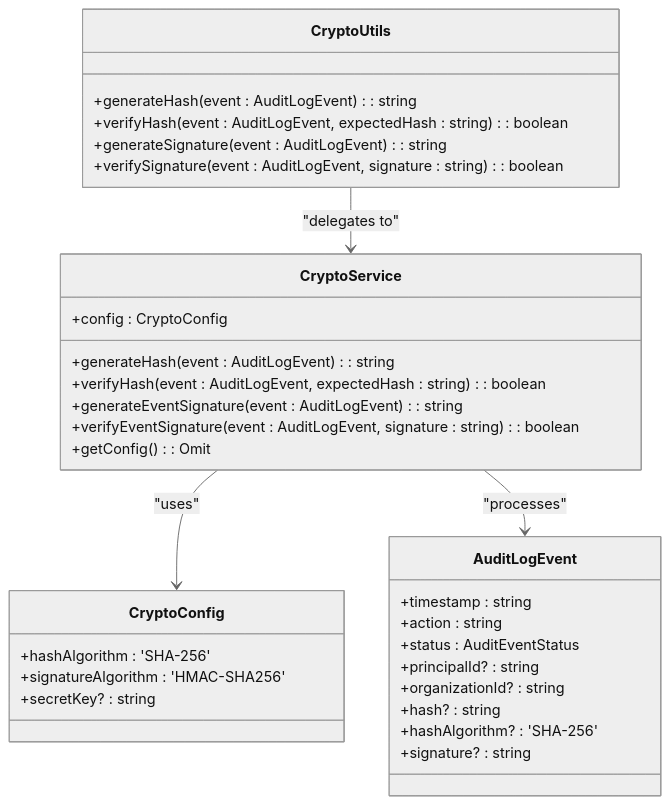
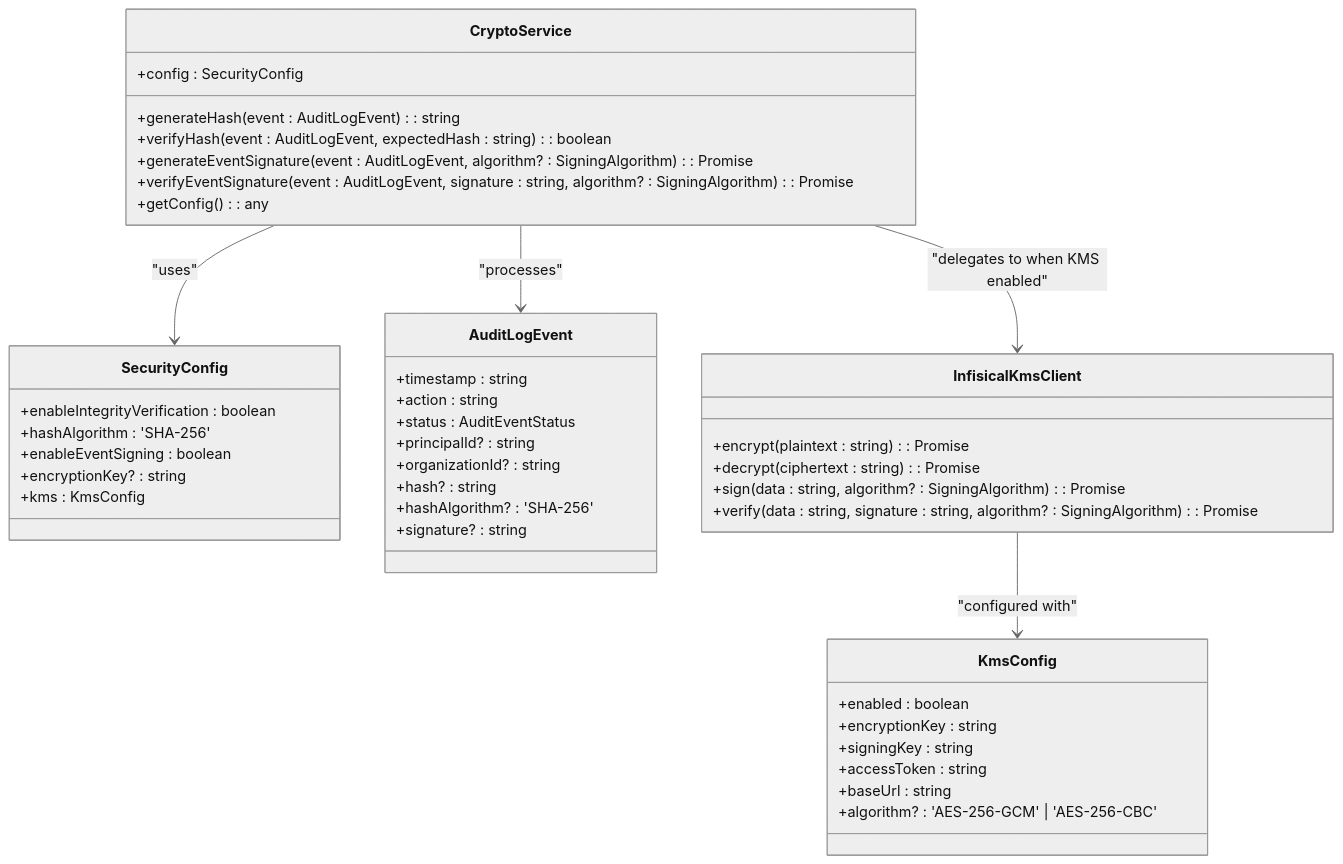
One commit to smedrec/smart-logs changed the first of 4 diagrams in .qoder/repowiki/en/content/Security and Compliance/Data Security Measures.md. Above: the diagram before and after it, drawn with Mermaid (neutral theme). The commit also changed other lines of this file and 21 other files, not shown here.

First line of the commit message:
feat(core): add OTLP exporter and KMS encryption support to audit core system

````diff
--- a/.qoder/repowiki/en/content/Security and Compliance/Data Security Measures.md
+++ b/.qoder/repowiki/en/content/Security and Compliance/Data Security Measures.md
@@ -40,35 +37,46 @@
 ```mermaid
 classDiagram
 class CryptoService {
-+config : CryptoConfig
++config : SecurityConfig
 +generateHash(event : AuditLogEvent) : string
 +verifyHash(event : AuditLogEvent, expectedHash : string) : boolean
-+generateEventSignature(event : AuditLogEvent) : string
-+verifyEventSignature(event : AuditLogEvent, signature : string) : boolean
-+getConfig() : Omit<CryptoConfig, 'secretKey'>
++generateEventSignature(event : AuditLogEvent, algorithm? : SigningAlgorithm) : Promise<EventSignatureResponse>
++verifyEventSignature(event : AuditLogEvent, signature : string, algorithm? : SigningAlgorithm) : Promise<boolean>
++getConfig() : any
 }
-class CryptoConfig {
+class SecurityConfig {
++enableIntegrityVerification : boolean
 +hashAlgorithm : 'SHA-256'
-+signatureAlgorithm : 'HMAC-SHA256'
-+secretKey? : string
++enableEventSigning : boolean
++encryptionKey? : string
++kms : KmsConfig
+}
+class KmsConfig {
++enabled : boolean
++encryptionKey : string
++signingKey : string
++accessToken : string
++baseUrl : string
++algorithm? : 'AES-256-GCM' | 'AES-256-CBC'
 }
 class AuditLogEvent {
 +timestamp : string
 +action : string
 +status : AuditEventStatus
 +principalId? : string
 +organizationId? : string
 +hash? : string
 +hashAlgorithm? : 'SHA-256'
 +signature? : string
 }
-class CryptoUtils {
-+generateHash(event : AuditLogEvent) : string
-+verifyHash(event : AuditLogEvent, expectedHash : string) : boolean
-+generateSignature(event : AuditLogEvent) : string
-+verifySignature(event : AuditLogEvent, signature : string) : boolean
+class InfisicalKmsClient {
++encrypt(plaintext : string) : Promise<EncryptResponse>
++decrypt(ciphertext : string) : Promise<DecryptResponse>
++sign(data : string, algorithm? : SigningAlgorithm) : Promise<SignResponse>
++verify(data : string, signature : string, algorithm? : SigningAlgorithm) : Promise<VerifyResponse>
 }
-CryptoService --> CryptoConfig : "uses"
+CryptoService --> SecurityConfig : "uses"
 CryptoService --> AuditLogEvent : "processes"
-CryptoUtils --> CryptoService : "delegates to"
+CryptoService --> InfisicalKmsClient : "delegates to when KMS enabled"
+InfisicalKmsClient --> KmsConfig : "configured with"
 ```
````
